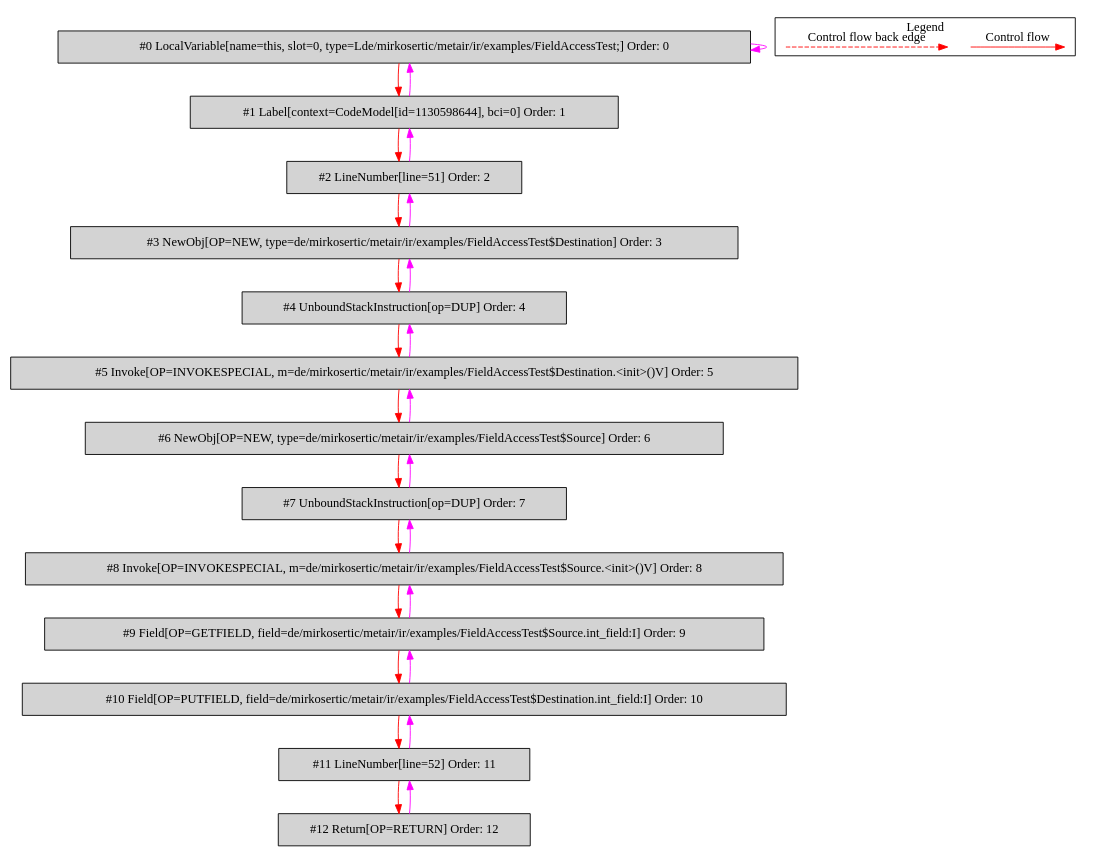
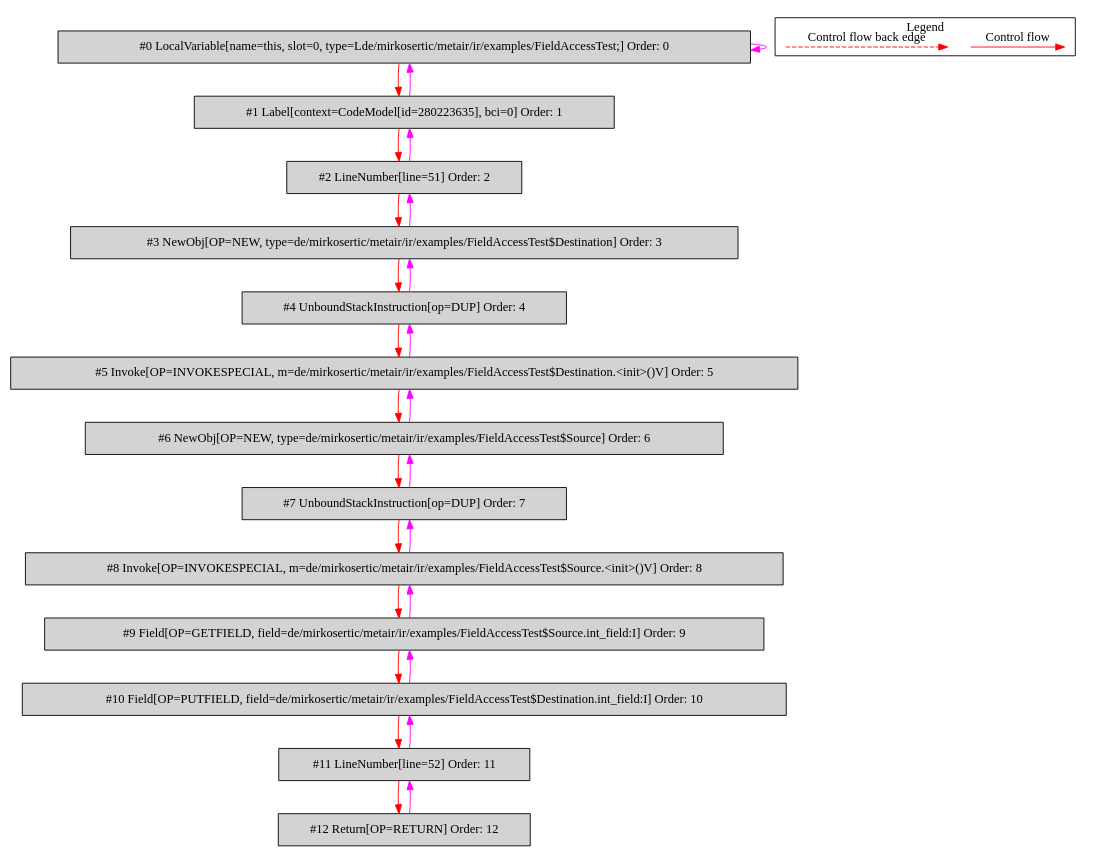
The diagram in de.mirkosertic.metair.ir.examples.FieldAccessTest/copy_int/bytecodecfg.dot (mirkosertic/MetaIR), drawn with Graphviz before and after one commit. The commit also changed 510 other files, not shown here.

```diff
--- a/de.mirkosertic.metair.ir.examples.FieldAccessTest/copy_int/bytecodecfg.dot
+++ b/de.mirkosertic.metair.ir.examples.FieldAccessTest/copy_int/bytecodecfg.dot
@@ -1,55 +1,55 @@
 digraph {
  ordering="in";
  node0[label="#0 LocalVariable[name=this, slot=0, type=Lde/mirkosertic/metair/ir/examples/FieldAccessTest;] Order: 0", shape=box, fillcolor=lightgrey, style=filled];
- node1[label="#1 Label[context=CodeModel[id=1130598644], bci=0] Order: 1", shape=box, fillcolor=lightgrey, style=filled];
+ node1[label="#1 Label[context=CodeModel[id=280223635], bci=0] Order: 1", shape=box, fillcolor=lightgrey, style=filled];
  node2[label="#2 LineNumber[line=51] Order: 2", shape=box, fillcolor=lightgrey, style=filled];
  node3[label="#3 NewObj[OP=NEW, type=de/mirkosertic/metair/ir/examples/FieldAccessTest$Destination] Order: 3", shape=box, fillcolor=lightgrey, style=filled];
  node4[label="#4 UnboundStackInstruction[op=DUP] Order: 4", shape=box, fillcolor=lightgrey, style=filled];
  node5[label="#5 Invoke[OP=INVOKESPECIAL, m=de/mirkosertic/metair/ir/examples/FieldAccessTest$Destination.<init>()V] Order: 5", shape=box, fillcolor=lightgrey, style=filled];
  node6[label="#6 NewObj[OP=NEW, type=de/mirkosertic/metair/ir/examples/FieldAccessTest$Source] Order: 6", shape=box, fillcolor=lightgrey, style=filled];
  node7[label="#7 UnboundStackInstruction[op=DUP] Order: 7", shape=box, fillcolor=lightgrey, style=filled];
  node8[label="#8 Invoke[OP=INVOKESPECIAL, m=de/mirkosertic/metair/ir/examples/FieldAccessTest$Source.<init>()V] Order: 8", shape=box, fillcolor=lightgrey, style=filled];
  node9[label="#9 Field[OP=GETFIELD, field=de/mirkosertic/metair/ir/examples/FieldAccessTest$Source.int_field:I] Order: 9", shape=box, fillcolor=lightgrey, style=filled];
  node10[label="#10 Field[OP=PUTFIELD, field=de/mirkosertic/metair/ir/examples/FieldAccessTest$Destination.int_field:I] Order: 10", shape=box, fillcolor=lightgrey, style=filled];
  node11[label="#11 LineNumber[line=52] Order: 11", shape=box, fillcolor=lightgrey, style=filled];
  node12[label="#12 Return[OP=RETURN] Order: 12", shape=box, fillcolor=lightgrey, style=filled];
  node0 -> node0[color=fuchsia];
  node0 -> node1[color=red];
  node1 -> node0[color=fuchsia];
  node1 -> node2[color=red];
  node2 -> node1[color=fuchsia];
  node2 -> node3[color=red];
  node3 -> node2[color=fuchsia];
  node3 -> node4[color=red];
  node4 -> node3[color=fuchsia];
  node4 -> node5[color=red];
  node5 -> node4[color=fuchsia];
  node5 -> node6[color=red];
  node6 -> node5[color=fuchsia];
  node6 -> node7[color=red];
  node7 -> node6[color=fuchsia];
  node7 -> node8[color=red];
  node8 -> node7[color=fuchsia];
  node8 -> node9[color=red];
  node9 -> node8[color=fuchsia];
  node9 -> node10[color=red];
  node10 -> node9[color=fuchsia];
  node10 -> node11[color=red];
  node11 -> node10[color=fuchsia];
  node11 -> node12[color=red];
  node12 -> node11[color=fuchsia];
  subgraph cluster_000 {
   label = "Legend";
   node [shape=point]
   {
    rank=same;
    c0 [style = invis];
    c1 [style = invis];
    c2 [style = invis];
    c3 [style = invis];
   }
   c0 -> c1 [label="Control flow", style=solid, color=red]
   c2 -> c3 [label="Control flow back edge", style=dashed, color=red]
  }
 
 }
```
